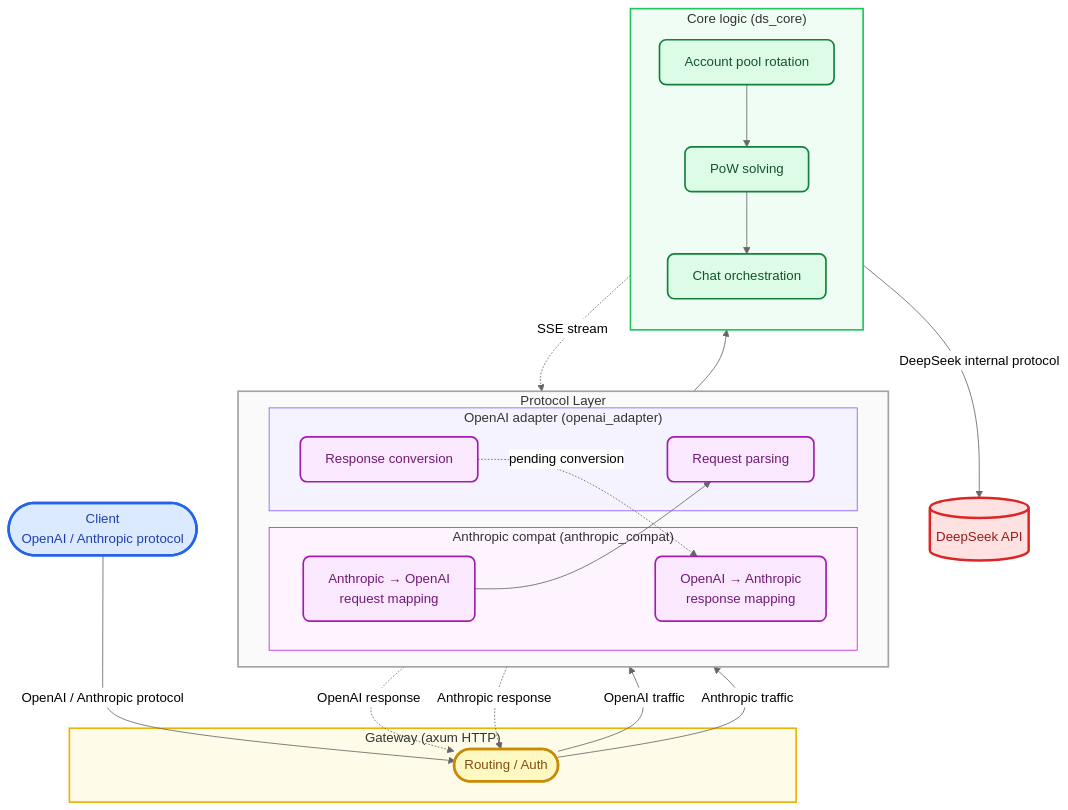
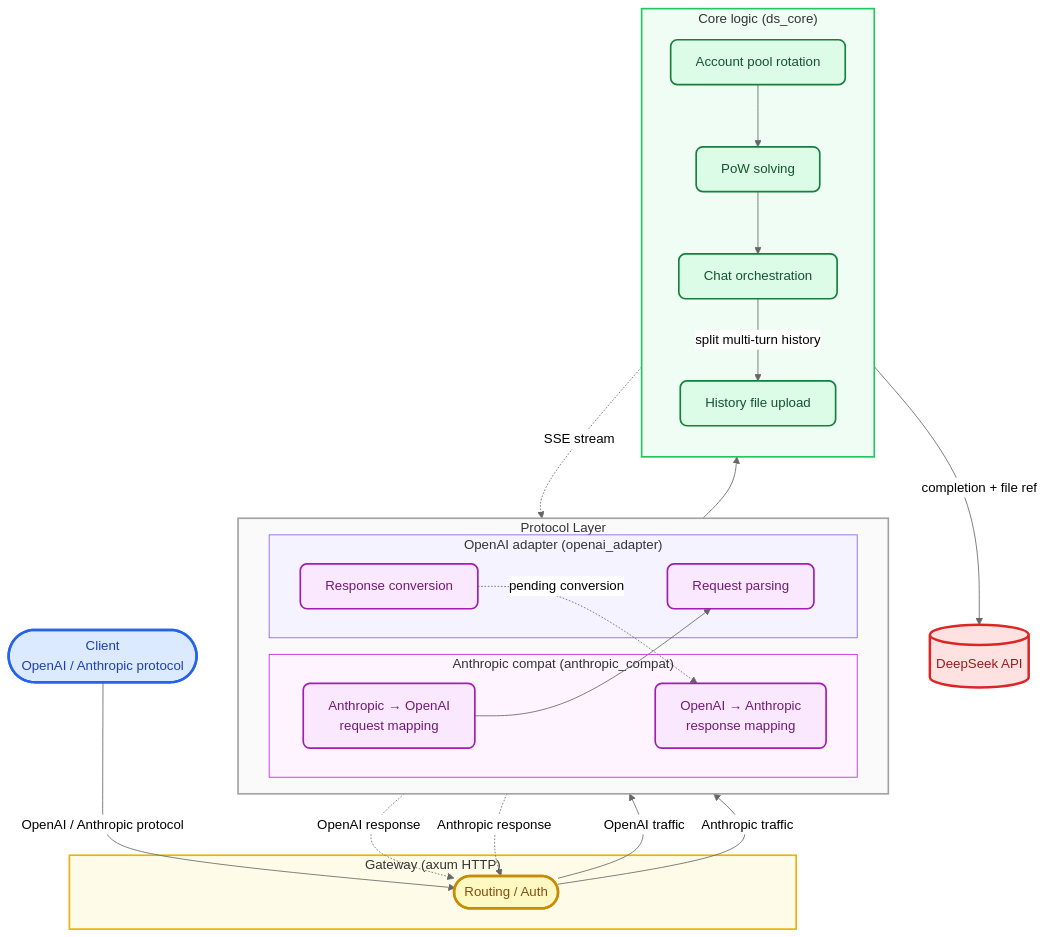
Before and after one commit to blyenso-del/ds-free-api: the diagram in README.en.md, drawn with Mermaid (neutral theme). The commit also changed other lines of this file and 22 other files, not shown here.

First line of the commit message:
feat: history file upload, temp session lifecycle, tool_call marker unification, and prompt refinements

````diff
--- a/README.en.md
+++ b/README.en.md
@@ -168,62 +165,64 @@
 ```mermaid
 flowchart TB
     %% ========== Style definitions ==========
     classDef client fill:#dbeafe,stroke:#2563eb,stroke-width:3px,color:#1e40af,rx:12,ry:12
     classDef gateway fill:#fef9c3,stroke:#ca8a04,stroke-width:3px,color:#854d0e,rx:10,ry:10
     classDef adapter fill:#fae8ff,stroke:#a21caf,stroke-width:2px,color:#701a75,rx:8,ry:8
     classDef core fill:#dcfce7,stroke:#15803d,stroke-width:2px,color:#14532d,rx:8,ry:8
     classDef external fill:#fee2e2,stroke:#dc2626,stroke-width:3px,color:#991b1b,rx:4,ry:4
 
     %% ========== Node definitions ==========
     Client(["Client<br/>OpenAI / Anthropic protocol"]):::client
 
     subgraph GW ["Gateway (axum HTTP)"]
         Server(["Routing / Auth"]):::gateway
     end
 
     subgraph PL ["Protocol Layer"]
         direction LR
 
         subgraph AC ["Anthropic compat (anthropic_compat)"]
             A2OReq["Anthropic → OpenAI<br/>request mapping"]:::adapter
             O2AResp["OpenAI → Anthropic<br/>response mapping"]:::adapter
         end
 
         subgraph OA ["OpenAI adapter (openai_adapter)"]
             ReqParse["Request parsing"]:::adapter
             RespTrans["Response conversion"]:::adapter
         end
     end
 
     subgraph CL ["Core logic (ds_core)"]
         direction TB
         Pool["Account pool rotation"]:::core
         Pow["PoW solving"]:::core
         Chat["Chat orchestration"]:::core
+        Upload["History file upload"]:::core
     end
 
     DeepSeek[("DeepSeek API")]:::external
 
     %% ========== Request flow ==========
     Client -->|"OpenAI / Anthropic protocol"| Server
     Server -->|"OpenAI traffic"| ReqParse
     Server -->|"Anthropic traffic"| A2OReq
     A2OReq --> ReqParse
     ReqParse --> Pool
     Pool --> Pow
     Pow --> Chat
-    Chat -->|"DeepSeek internal protocol"| DeepSeek
+    Chat -->|"split multi-turn history"| Upload
+    Upload -->|"completion + file ref"| DeepSeek
 
     %% ========== Response flow ==========
     Chat -.->|"SSE stream"| RespTrans
     RespTrans -.->|"OpenAI response"| Server
     RespTrans -.->|"pending conversion"| O2AResp
     O2AResp -.->|"Anthropic response"| Server
 
     %% ========== Subgraph styling ==========
     style GW fill:#fefce8,stroke:#eab308,stroke-width:2px
     style PL fill:#fafafa,stroke:#a3a3a3,stroke-width:2px
     style AC fill:#fdf4ff,stroke:#c026d3,stroke-width:1px
     style OA fill:#f5f3ff,stroke:#8b5cf6,stroke-width:1px
     style CL fill:#f0fdf4,stroke:#22c55e,stroke-width:2px
 ```
````
